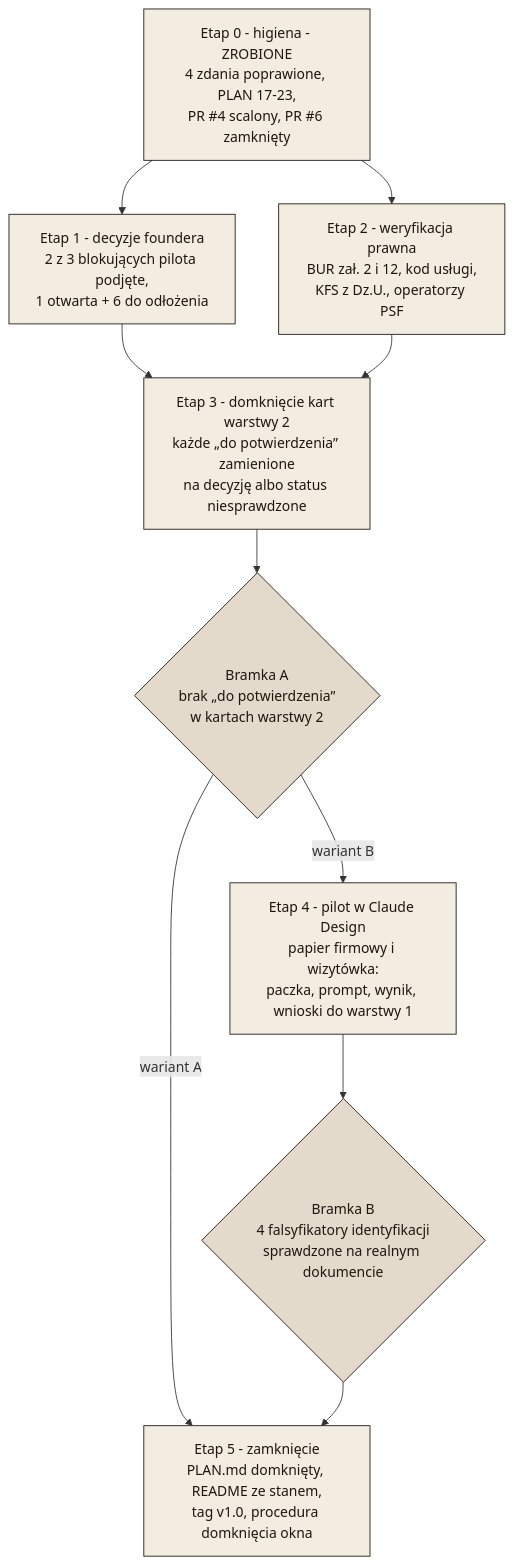
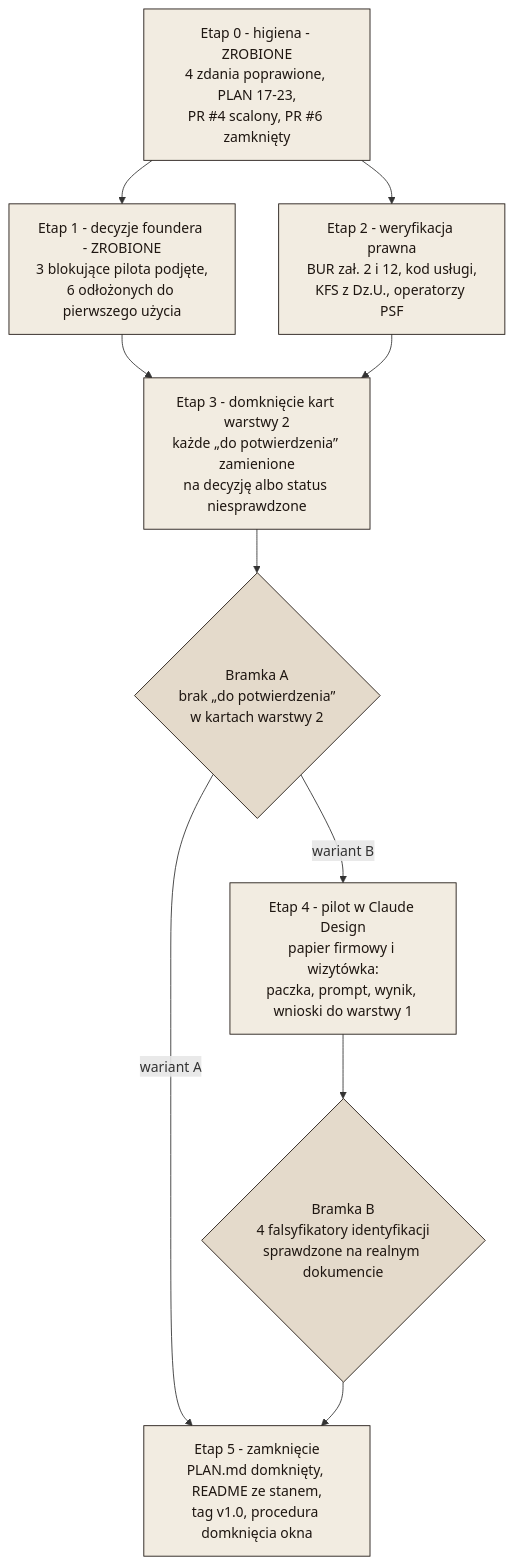
The diagram in MAPA-DROGOWA.md (lukasz-znojek/irn-design-brandbook), drawn with Mermaid before and after one commit. The commit also changed other lines of this file and 2 other files, not shown here.

First line of the commit message:
Konwencja papieru firmowego i wizytówki zatwierdzona, Etap 1 zamknięty

````diff
--- a/MAPA-DROGOWA.md
+++ b/MAPA-DROGOWA.md
@@ -91,31 +91,31 @@
 ```mermaid
 flowchart TD
     S0["Etap 0 - higiena - ZROBIONE<br/>4 zdania poprawione, PLAN 17-23,<br/>PR #4 scalony, PR #6 zamknięty"]
-    S1["Etap 1 - decyzje foundera<br/>2 z 3 blokujących pilota podjęte,<br/>1 otwarta + 6 do odłożenia"]
+    S1["Etap 1 - decyzje foundera - ZROBIONE<br/>3 blokujące pilota podjęte,<br/>6 odłożonych do pierwszego użycia"]
     S2["Etap 2 - weryfikacja prawna<br/>BUR zał. 2 i 12, kod usługi,<br/>KFS z Dz.U., operatorzy PSF"]
     S3["Etap 3 - domknięcie kart warstwy 2<br/>każde „do potwierdzenia” zamienione<br/>na decyzję albo status niesprawdzone"]
     S4["Etap 4 - pilot w Claude Design<br/>papier firmowy i wizytówka:<br/>paczka, prompt, wynik, wnioski do warstwy 1"]
     S5["Etap 5 - zamknięcie<br/>PLAN.md domknięty, README ze stanem,<br/>tag v1.0, procedura domknięcia okna"]
 
     G1{"Bramka A<br/>brak „do potwierdzenia”<br/>w kartach warstwy 2"}
     G2{"Bramka B<br/>4 falsyfikatory identyfikacji<br/>sprawdzone na realnym dokumencie"}
 
     S0 --> S1
     S0 --> S2
     S1 --> S3
     S2 --> S3
     S3 --> G1
     G1 -->|wariant A| S5
     G1 -->|wariant B| S4
     S4 --> G2
     G2 --> S5
 
     style S0 fill:#F2ECE1,stroke:#1E1611,color:#1E1611
     style S1 fill:#F2ECE1,stroke:#1E1611,color:#1E1611
     style S2 fill:#F2ECE1,stroke:#1E1611,color:#1E1611
     style S3 fill:#F2ECE1,stroke:#1E1611,color:#1E1611
     style S4 fill:#F2ECE1,stroke:#1E1611,color:#1E1611
     style S5 fill:#F2ECE1,stroke:#1E1611,color:#1E1611
     style G1 fill:#E4DACB,stroke:#1E1611,color:#1E1611
     style G2 fill:#E4DACB,stroke:#1E1611,color:#1E1611
 ```
````
